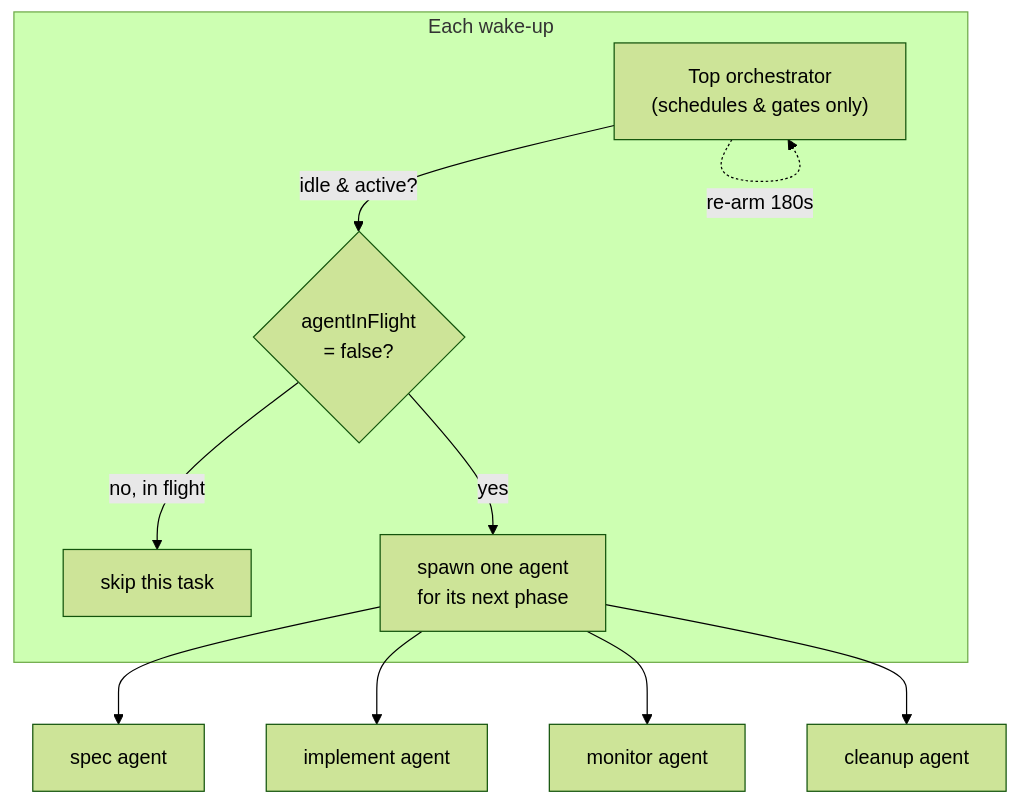
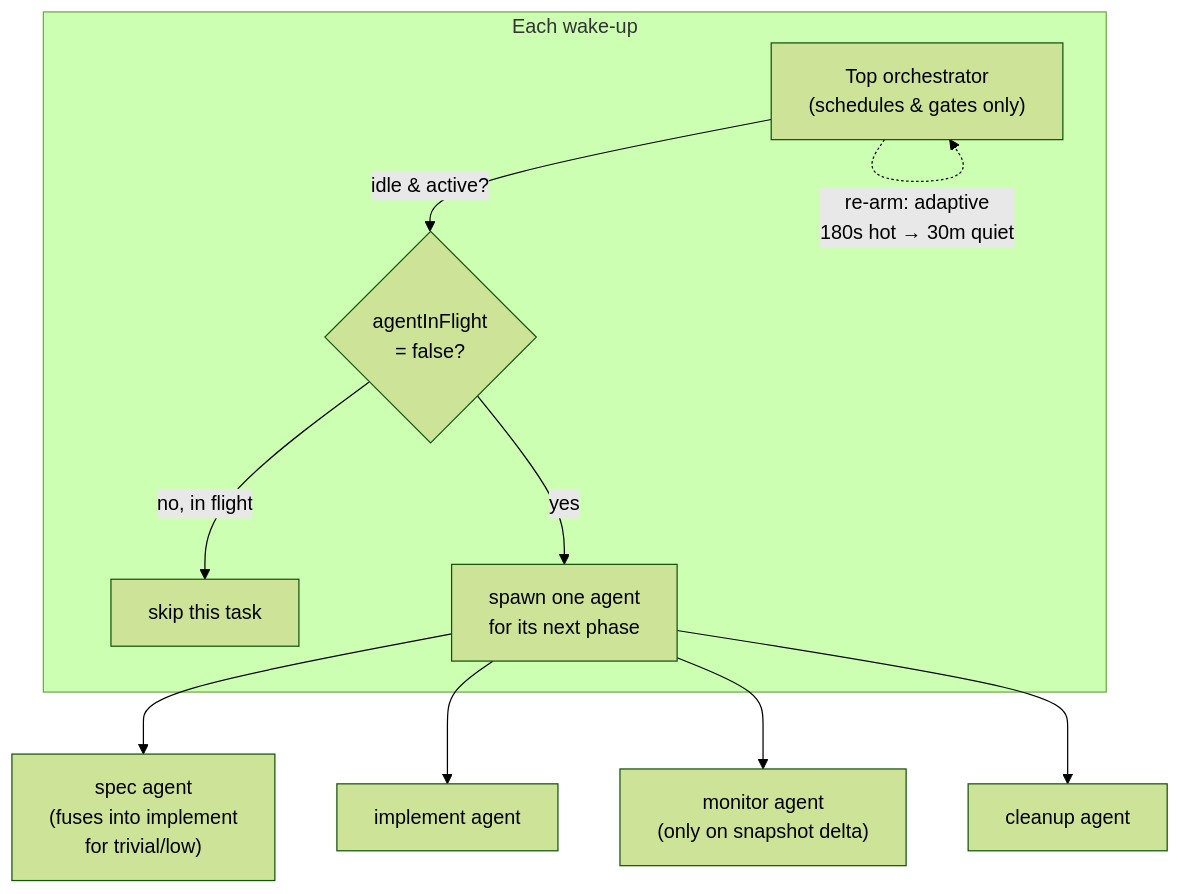
Before and after one commit to hugo-hsbtech/hsb-plugin-marketplace: the fourth of 6 diagrams in plugins/cadence/README.md, drawn with Mermaid (forest theme). The commit also changed other lines of this file and 10 other files, not shown here.

````diff
--- a/plugins/cadence/README.md
+++ b/plugins/cadence/README.md
@@ -284,14 +312,14 @@
 ```mermaid
 flowchart TD
   subgraph Tick["Each wake-up"]
     O["Top orchestrator<br/>(schedules & gates only)"]
     O -->|"idle & active?"| G{"agentInFlight<br/>= false?"}
     G -->|no, in flight| SKIP["skip this task"]
     G -->|yes| SP["spawn one agent<br/>for its next phase"]
   end
-  SP --> A1["spec agent"]
+  SP --> A1["spec agent<br/>(fuses into implement<br/>for trivial/low)"]
   SP --> A2["implement agent"]
-  SP --> A3["monitor agent"]
+  SP --> A3["monitor agent<br/>(only on snapshot delta)"]
   SP --> A4["cleanup agent"]
-  O -.->|"re-arm 180s"| O
+  O -.->|"re-arm: adaptive<br/>180s hot → 30m quiet"| O
 ```
````
